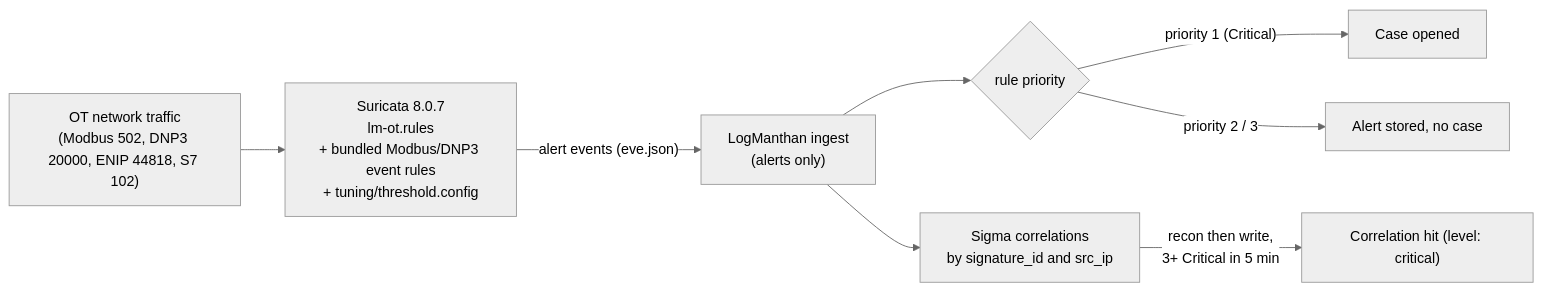
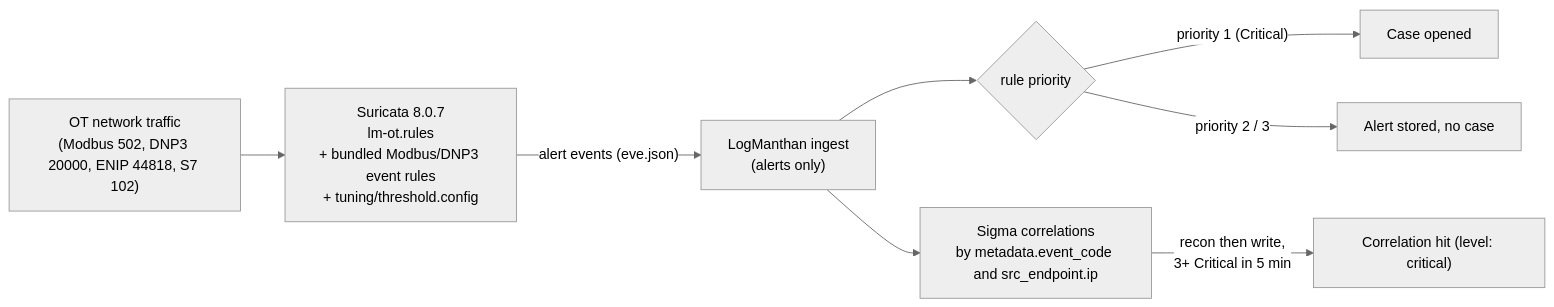
One commit to ankitrajchoudhari/LogManthan_rules changed the first of 2 diagrams in README.md. Above: the diagram before and after it, drawn with Mermaid (neutral theme). The commit also changed other lines of this file and 23 other files, not shown here.

Commit message:
sigma: LogManthan field names (metadata.event_code, src_endpoint.ip), base rules require metadata.product.name Suricata, Wazuh event-code scenario

````diff
--- a/README.md
+++ b/README.md
@@ -55,10 +55,10 @@
 ```mermaid
 flowchart LR
     T["OT network traffic<br/>(Modbus 502, DNP3 20000, ENIP 44818, S7 102)"] --> S["Suricata 8.0.7<br/>lm-ot.rules<br/>+ bundled Modbus/DNP3 event rules<br/>+ tuning/threshold.config"]
     S -->|"alert events (eve.json)"| L["LogManthan ingest<br/>(alerts only)"]
     L --> P{"rule priority"}
     P -->|"priority 1 (Critical)"| C["Case opened"]
     P -->|"priority 2 / 3"| A["Alert stored, no case"]
-    L --> G["Sigma correlations<br/>by signature_id and src_ip"]
+    L --> G["Sigma correlations<br/>by metadata.event_code and src_endpoint.ip"]
     G -->|"recon then write,<br/>3+ Critical in 5 min"| H["Correlation hit (level: critical)"]
 ```
````
